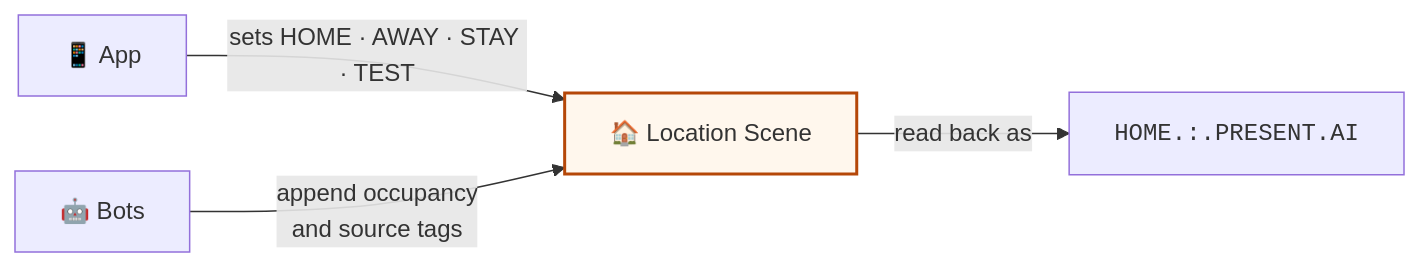
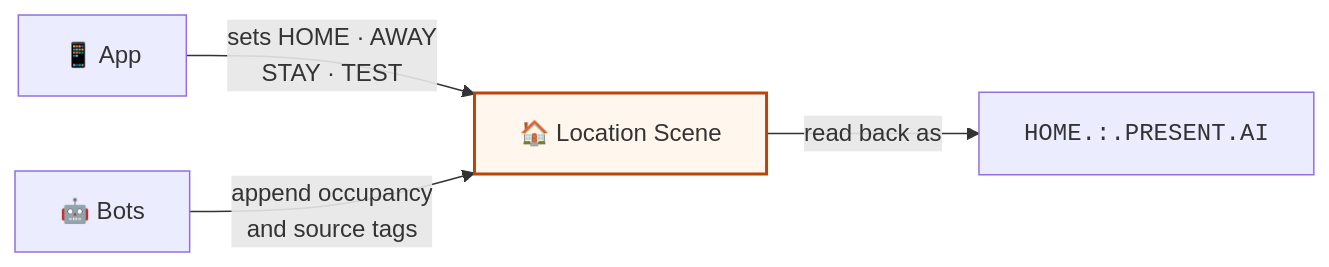
The first of 2 diagrams in platform_apis/modes.md (CareDailyAI/docs), drawn with Mermaid before and after one commit. The commit also changed 30 other files, not shown here.

First line of the commit message:
Diagrams: wrap every flowchart label to short rows so Chrome stops clipping them

````diff
--- a/platform_apis/modes.md
+++ b/platform_apis/modes.md
@@ -9,7 +9,7 @@
 ```mermaid
 flowchart LR
-    APP["📱 App"] -->|"sets HOME · AWAY · STAY · TEST"| S["🏠 Location Scene"]
+    APP["📱 App"] -->|"sets HOME · AWAY<br/>STAY · TEST"| S["🏠 Location Scene"]
     BOT["🤖 Bots"] -->|"append occupancy<br/>and source tags"| S
     S -->|"read back as"| V["<code>HOME.:.PRESENT.AI</code>"]
     style S fill:#fff7ed,stroke:#b54708,stroke-width:2px
 ```
````
